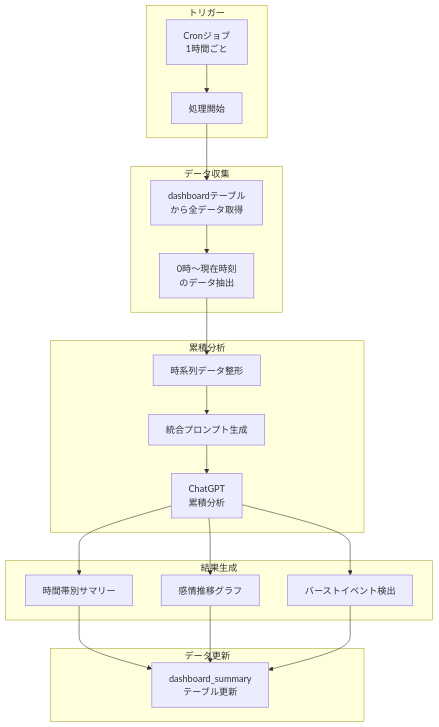
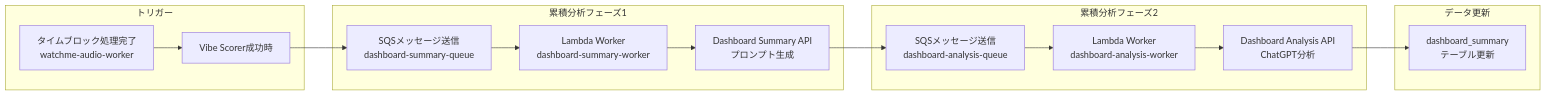
One commit to hey-watchme/server-configs changed the second of 2 diagrams in PROCESSING_ARCHITECTURE.md. Above: the diagram before and after it, drawn with Mermaid. The commit also changed other lines of this file and 13 other files, not shown here.

````diff
--- a/PROCESSING_ARCHITECTURE.md
+++ b/PROCESSING_ARCHITECTURE.md
@@ -88,29 +90,22 @@
 ```mermaid
-graph TD
+graph LR
     subgraph "トリガー"
-        A[Cronジョブ<br/>1時間ごと] --> B[処理開始]
+        A[タイムブロック処理完了<br/>watchme-audio-worker] --> B[Vibe Scorer成功時]
     end
     
-    subgraph "データ収集"
-        B --> C[dashboardテーブル<br/>から全データ取得]
-        C --> D[0時〜現在時刻<br/>のデータ抽出]
+    subgraph "累積分析フェーズ1"
+        B --> C[SQSメッセージ送信<br/>dashboard-summary-queue]
+        C --> D[Lambda Worker<br/>dashboard-summary-worker]
+        D --> E[Dashboard Summary API<br/>プロンプト生成]
     end
     
-    subgraph "累積分析"
-        D --> E[時系列データ整形]
-        E --> F[統合プロンプト生成]
-        F --> G[ChatGPT<br/>累積分析]
-    end
-    
-    subgraph "結果生成"
-        G --> H1[時間帯別サマリー]
-        G --> H2[感情推移グラフ]
-        G --> H3[バーストイベント検出]
+    subgraph "累積分析フェーズ2"
+        E --> F[SQSメッセージ送信<br/>dashboard-analysis-queue]
+        F --> G[Lambda Worker<br/>dashboard-analysis-worker]
+        G --> H[Dashboard Analysis API<br/>ChatGPT分析]
     end
     
     subgraph "データ更新"
-        H1 --> I[dashboard_summary<br/>テーブル更新]
-        H2 --> I
-        H3 --> I
+        H --> I[dashboard_summary<br/>テーブル更新]
     end
 ```
````
